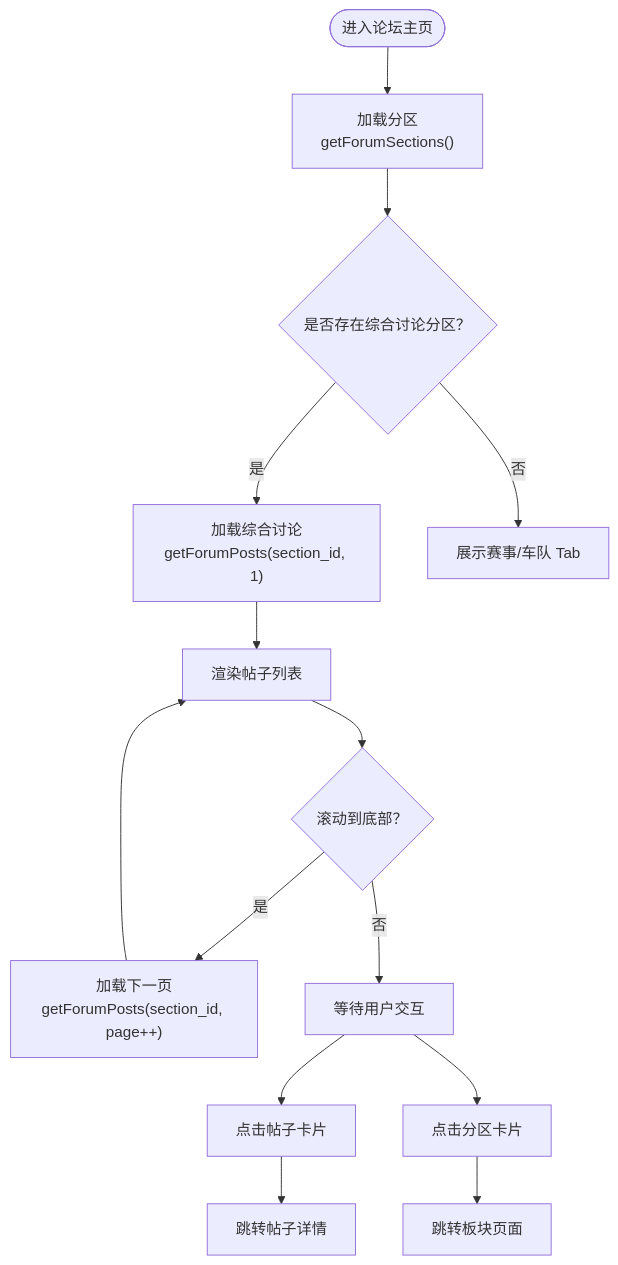
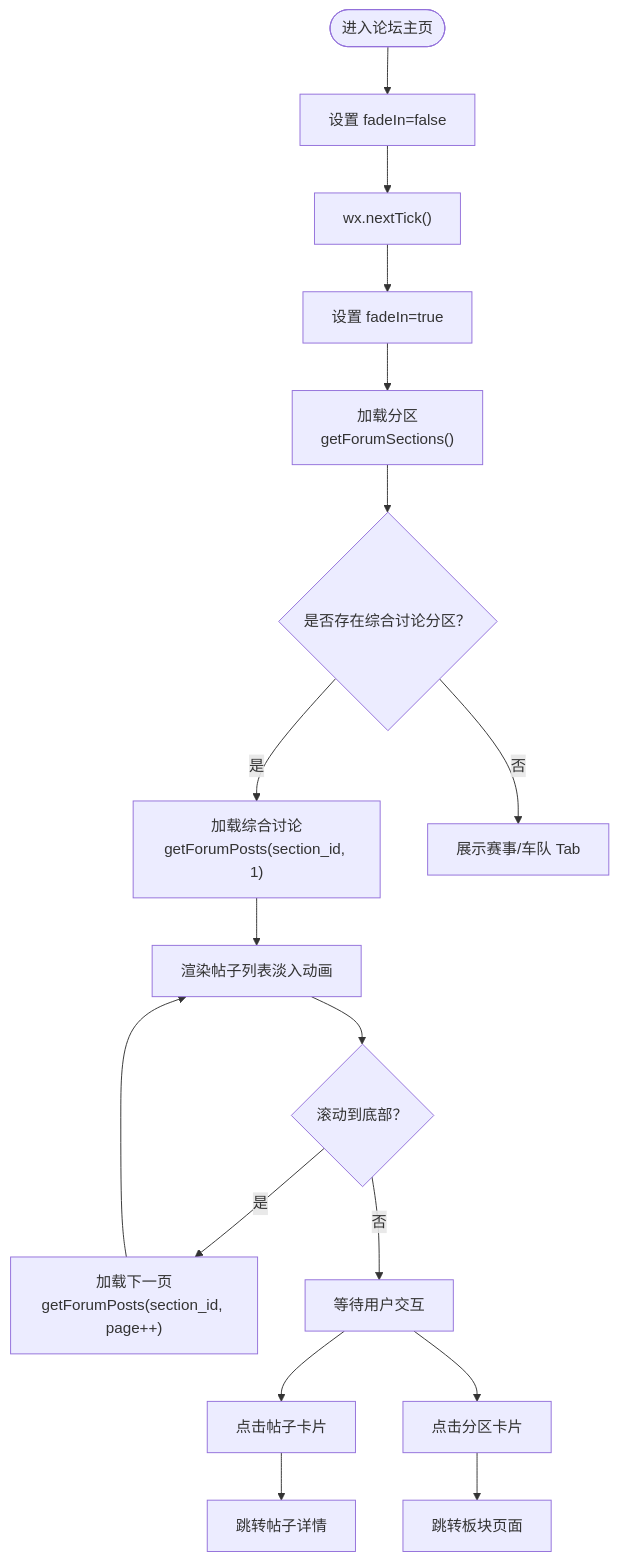
One commit to jianai0330/Fast-F1 changed the third of 8 diagrams in .qoder/repowiki/zh/content/微信小程序前端/内容管理页面/论坛系统.md. Above: the diagram before and after it, drawn with Mermaid. The commit also changed other lines of this file and 22 other files, not shown here.

````diff
--- a/.qoder/repowiki/zh/content/微信小程序前端/内容管理页面/论坛系统.md
+++ b/.qoder/repowiki/zh/content/微信小程序前端/内容管理页面/论坛系统.md
@@ -163,16 +179,19 @@
 ```mermaid
 flowchart TD
-Start(["进入论坛主页"]) --> LoadSec["加载分区<br/>getForumSections()"]
+Start(["进入论坛主页"]) --> SetFadeOut["设置 fadeIn=false"]
+SetFadeOut --> NextTick["wx.nextTick()"]
+NextTick --> SetFadeIn["设置 fadeIn=true"]
+SetFadeIn --> LoadSec["加载分区<br/>getForumSections()"]
 LoadSec --> HasGeneral{"是否存在综合讨论分区？"}
 HasGeneral --> |是| LoadGen["加载综合讨论<br/>getForumPosts(section_id, 1)"]
 HasGeneral --> |否| ShowTabs["展示赛事/车队 Tab"]
-LoadGen --> RenderList["渲染帖子列表"]
+LoadGen --> RenderList["渲染帖子列表淡入动画"]
 RenderList --> ScrollBottom{"滚动到底部？"}
 ScrollBottom --> |是| LoadMore["加载下一页<br/>getForumPosts(section_id, page++)"]
 ScrollBottom --> |否| Wait["等待用户交互"]
 LoadMore --> RenderList
 Wait --> TapPost["点击帖子卡片"]
 TapPost --> GoDetail["跳转帖子详情"]
 Wait --> TapSection["点击分区卡片"]
 TapSection --> GoSection["跳转板块页面"]
 ```
````
